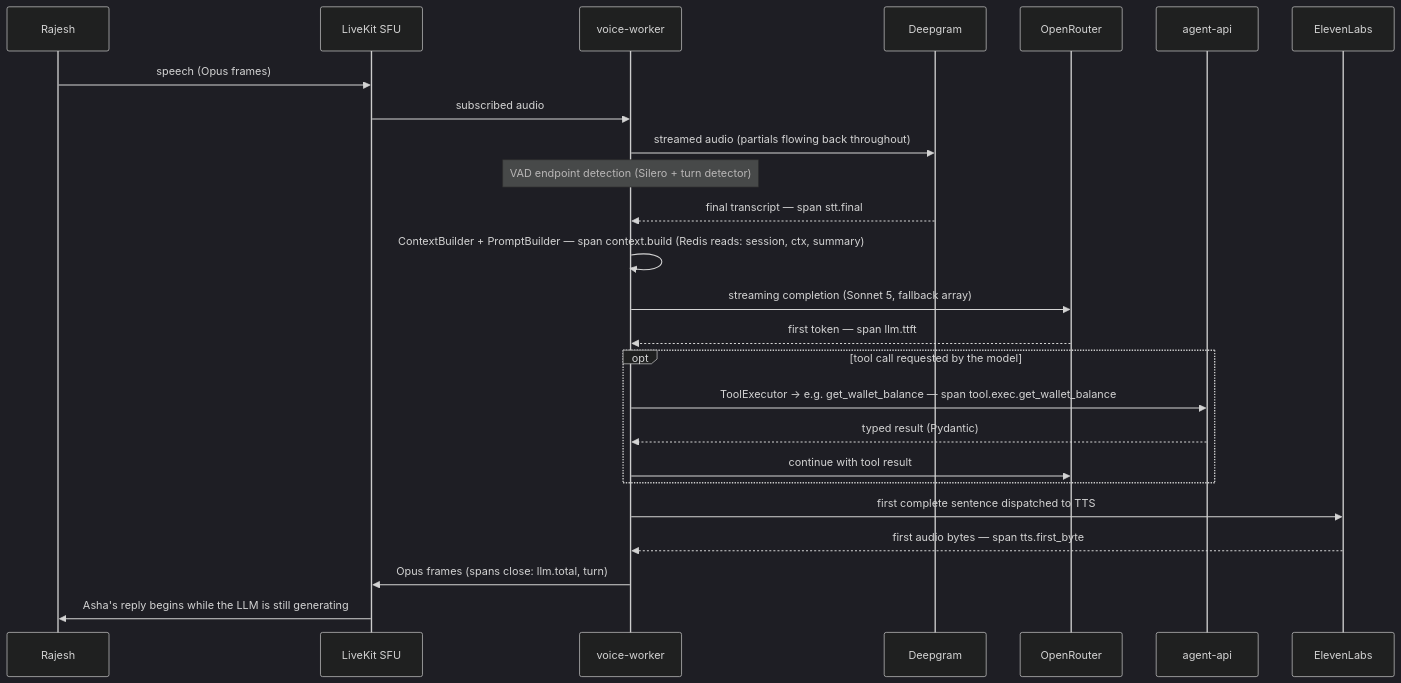
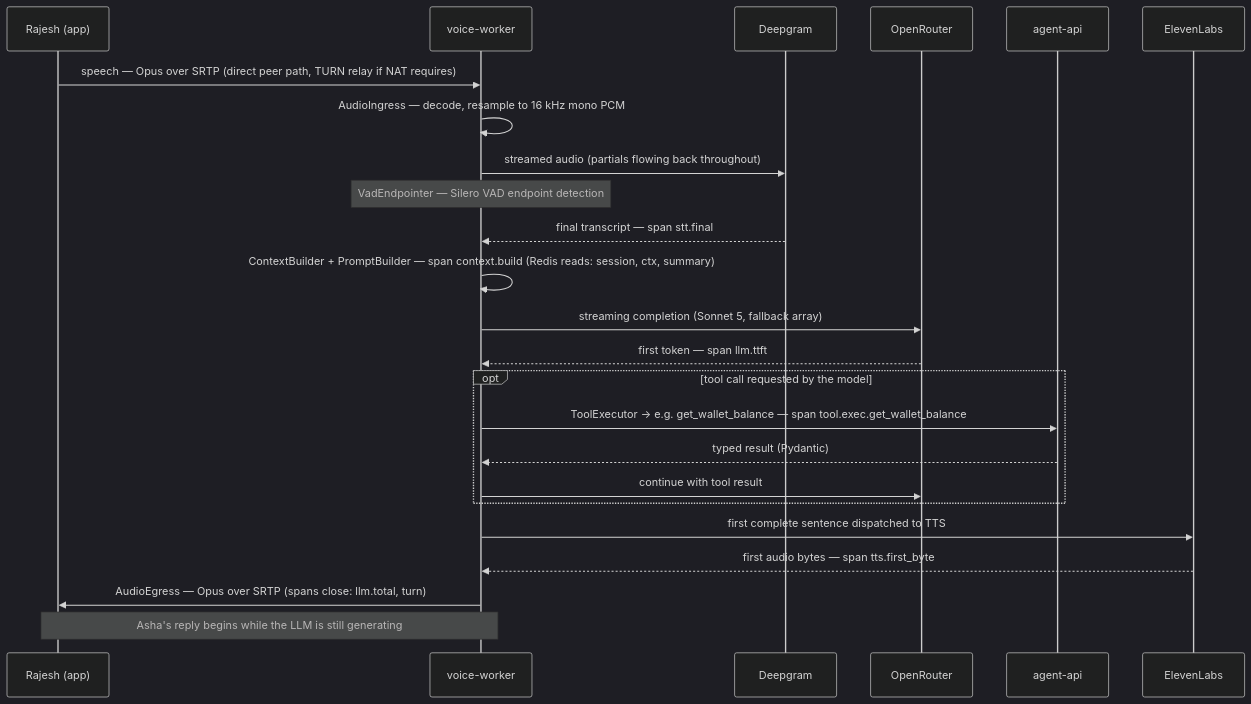
Before and after one commit to bibekanandan892/vyaparpay-voice-agent: the fourth of 5 diagrams in docs/02-system-architecture.md, drawn with Mermaid (dark theme). The commit also changed other lines of this file and 22 other files, not shown here.

First line of the commit message:
refactor(arch): replace LiveKit with raw WebRTC (libwebrtc + aiortc)

````diff
--- a/docs/02-system-architecture.md
+++ b/docs/02-system-architecture.md
@@ -162,27 +176,26 @@
 ```mermaid
 sequenceDiagram
-    participant R as Rajesh
-    participant LK as LiveKit SFU
+    participant R as Rajesh (app)
     participant W as voice-worker
     participant DG as Deepgram
     participant OR as OpenRouter
     participant API as agent-api
     participant EL as ElevenLabs
-    R->>LK: speech (Opus frames)
-    LK->>W: subscribed audio
+    R->>W: speech — Opus over SRTP (direct peer path, TURN relay if NAT requires)
+    W->>W: AudioIngress — decode, resample to 16 kHz mono PCM
     W->>DG: streamed audio (partials flowing back throughout)
-    Note over W: VAD endpoint detection (Silero + turn detector)
+    Note over W: VadEndpointer — Silero VAD endpoint detection
     DG-->>W: final transcript — span stt.final
     W->>W: ContextBuilder + PromptBuilder — span context.build (Redis reads: session, ctx, summary)
     W->>OR: streaming completion (Sonnet 5, fallback array)
     OR-->>W: first token — span llm.ttft
     opt tool call requested by the model
         W->>API: ToolExecutor → e.g. get_wallet_balance — span tool.exec.get_wallet_balance
         API-->>W: typed result (Pydantic)
         W->>OR: continue with tool result
     end
     W->>EL: first complete sentence dispatched to TTS
     EL-->>W: first audio bytes — span tts.first_byte
-    W->>LK: Opus frames (spans close: llm.total, turn)
-    LK->>R: Asha's reply begins while the LLM is still generating
+    W->>R: AudioEgress — Opus over SRTP (spans close: llm.total, turn)
+    Note over R,W: Asha's reply begins while the LLM is still generating
 ```
````
